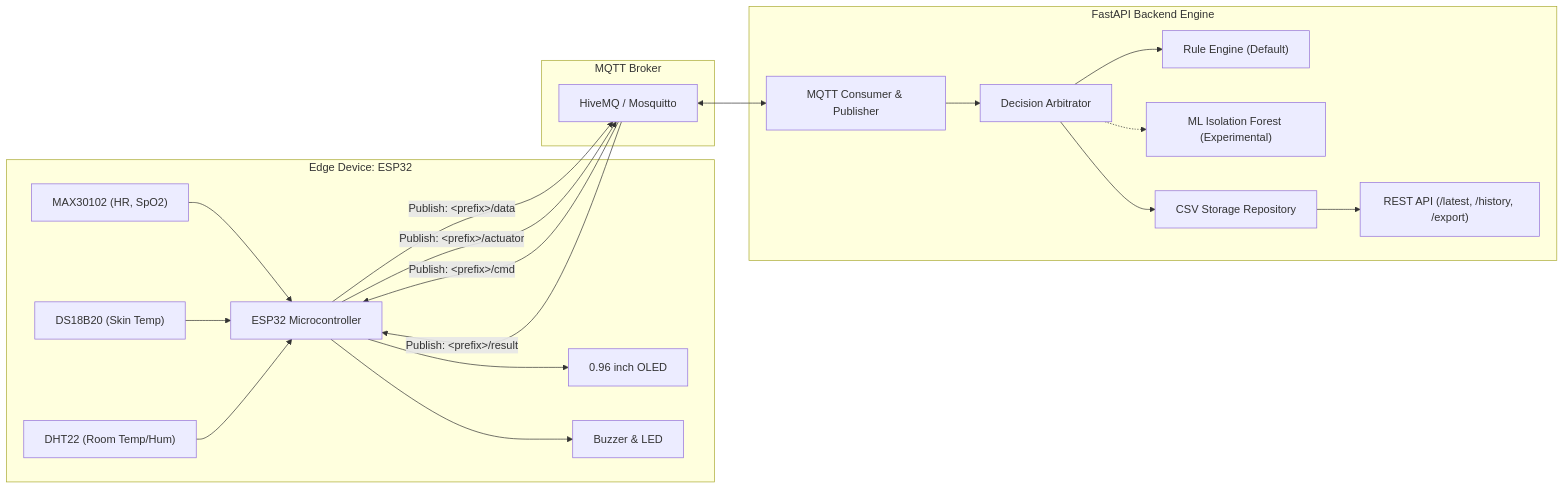
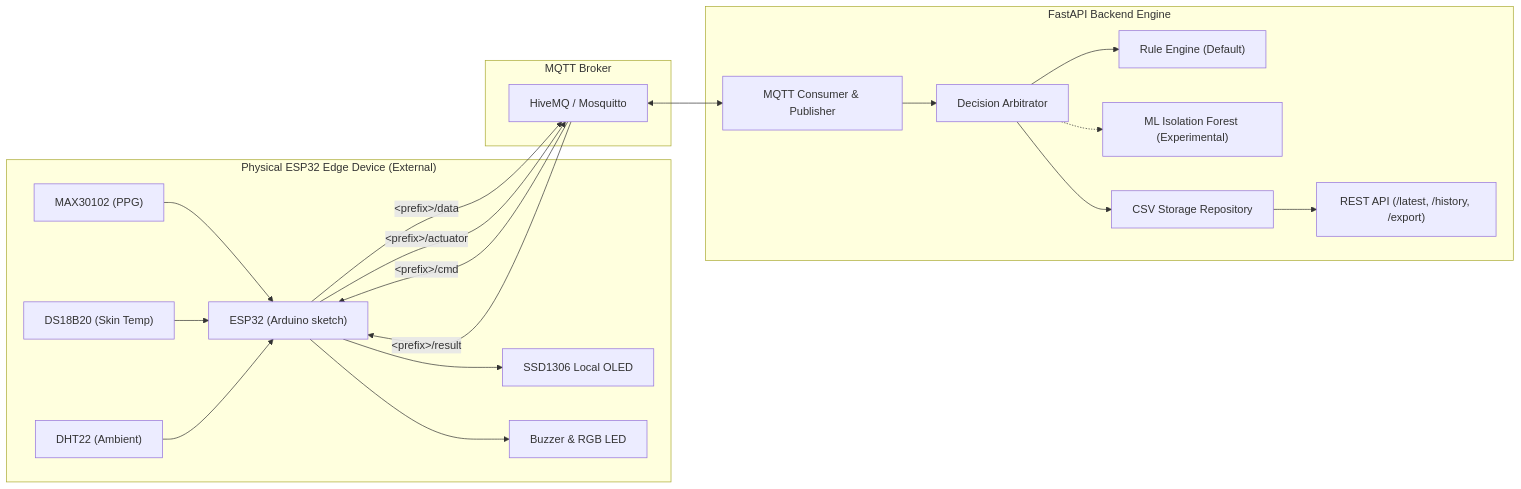
Before and after one commit to Rnvz/IoT-based-Physiological-Parameter-Monitoring-and-Anomaly-Detection: the diagram in README.md, drawn with Mermaid. The commit also changed other lines of this file and 1 other file, not shown here.

````diff
--- a/README.md
+++ b/README.md
@@ -17,26 +34,26 @@
 ```mermaid
 flowchart LR
-    subgraph Edge ["Edge Device: ESP32"]
-        MAX["MAX30102 (HR, SpO2)"] --> MCU["ESP32 Microcontroller"]
+    subgraph Edge ["Physical ESP32 Edge Device (External)"]
+        MAX["MAX30102 (PPG)"] --> MCU["ESP32 (Arduino sketch)"]
         DS["DS18B20 (Skin Temp)"] --> MCU
-        DHT["DHT22 (Room Temp/Hum)"] --> MCU
-        MCU --> OLED["0.96 inch OLED"]
-        MCU --> BUZ["Buzzer & LED"]
+        DHT["DHT22 (Ambient)"] --> MCU
+        MCU --> OLED["SSD1306 Local OLED"]
+        MCU --> BUZ["Buzzer & RGB LED"]
     end
 
     subgraph Broker ["MQTT Broker"]
-        MCU -->|Publish: &lt;prefix&gt;/data| BKR["HiveMQ / Mosquitto"]
-        BKR -->|Publish: &lt;prefix&gt;/cmd| MCU
-        MCU -->|Publish: &lt;prefix&gt;/actuator| BKR
-        BKR -->|Publish: &lt;prefix&gt;/result| MCU
+        MCU -->|&lt;prefix&gt;/data| BKR["HiveMQ / Mosquitto"]
+        BKR -->|&lt;prefix&gt;/cmd| MCU
+        MCU -->|&lt;prefix&gt;/actuator| BKR
+        BKR -->|&lt;prefix&gt;/result| MCU
     end
 
     subgraph Server ["FastAPI Backend Engine"]
         BKR <--> MQC["MQTT Consumer & Publisher"]
         MQC --> ARB["Decision Arbitrator"]
         ARB --> RE["Rule Engine (Default)"]
         ARB -.-> ML["ML Isolation Forest (Experimental)"]
         ARB --> CSV["CSV Storage Repository"]
         CSV --> REST["REST API (/latest, /history, /export)"]
     end
 ```
````
